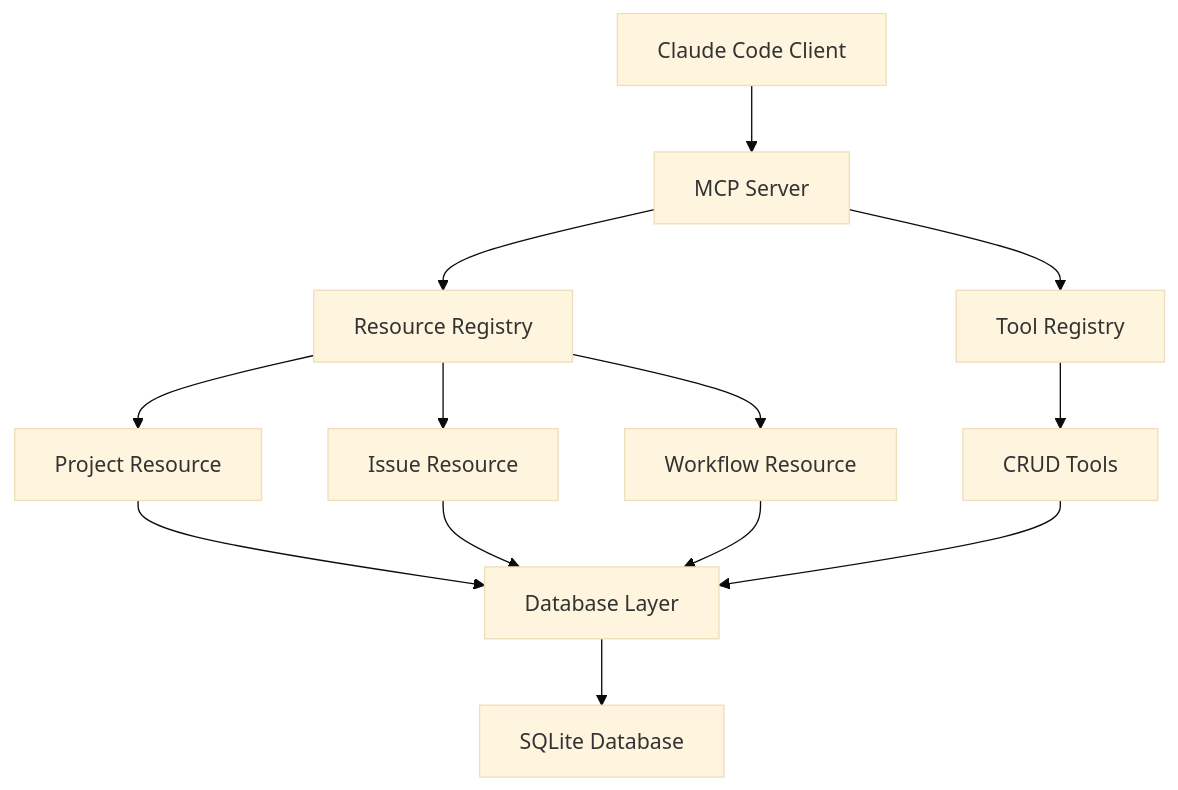
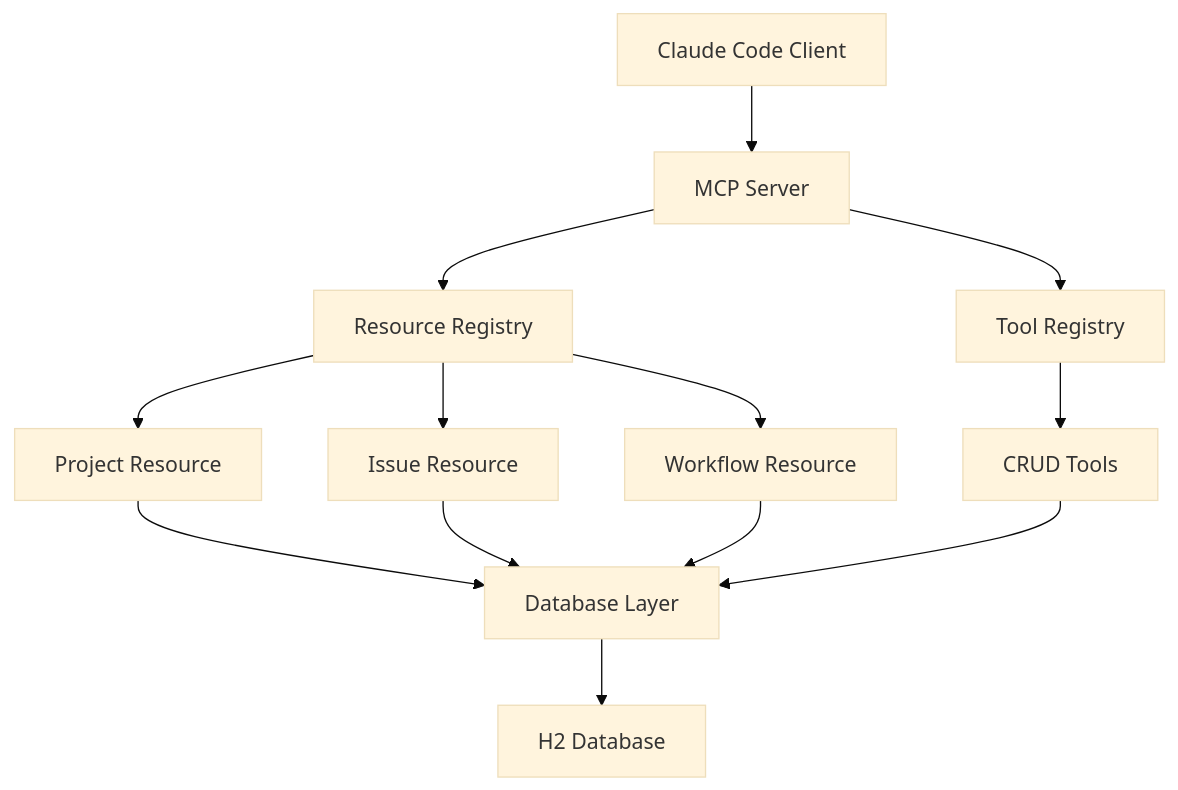
The diagram in docs/technical-design/SPI-290-mcp-resource-integration.md (spiralhouse/cycletime), drawn with Mermaid (base theme) before and after one commit. The commit also changed 7 other files, not shown here.

````diff
--- a/docs/technical-design/SPI-290-mcp-resource-integration.md
+++ b/docs/technical-design/SPI-290-mcp-resource-integration.md
@@ -25,16 +25,16 @@
 ```mermaid
 graph TD
     A[Claude Code Client] --> B[MCP Server]
     B --> C[Resource Registry]
     C --> D[Project Resource]
     C --> E[Issue Resource]
     C --> F[Workflow Resource]
     D --> G[Database Layer]
     E --> G
     F --> G
-    G --> H[SQLite Database]
+    G --> H[H2 Database]
 
     B --> I[Tool Registry]
     I --> J[CRUD Tools]
     J --> G
 ```
````
